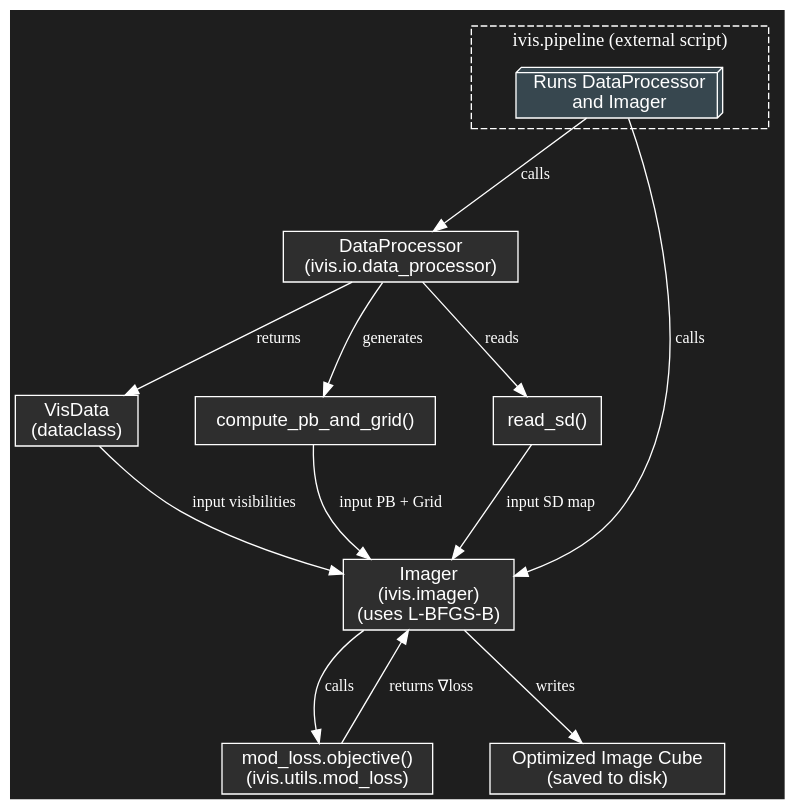
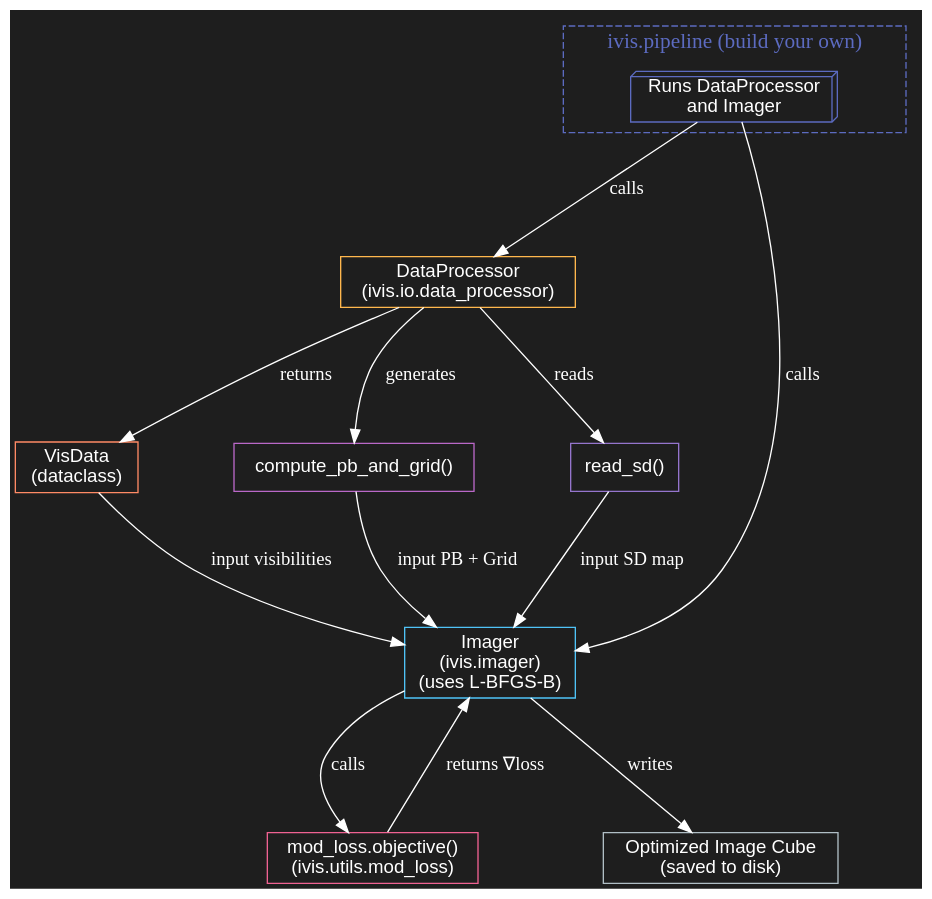
Before and after one commit to antoinemarchal/ivis: the diagram in docs/workflow.rst, drawn with Graphviz. The commit also changed other lines of this file and 1 other file, not shown here.

Commit message:
add doc workflow

```diff
--- a/docs/workflow.rst
+++ b/docs/workflow.rst
@@ -6,45 +40,53 @@
 .. graphviz::
 
    digraph ivis_workflow {
        rankdir=TB;
        bgcolor="#1e1e1e";
        fontcolor="white";
-       fontsize=14;
-       nodesep=0.6;
-       ranksep=1.0;
-       node [shape=box, style=filled, fontname="Helvetica", fontcolor="white", color="white", fillcolor="#2e2e2e"];
+       fontsize=16;
+       nodesep=1.0;
+       ranksep=1.2;
+
+       node [
+           shape=box,
+           style=filled,
+           fontname="Helvetica",
+           fontcolor="white",
+           fillcolor="#1e1e1e"
+       ];
+
+       PIPELINE  [label="Runs DataProcessor\nand Imager", shape=box3d, color="#5c6bc0"];
+       DATAPROC  [label="DataProcessor\n(ivis.io.data_processor)", color="#ffb74d"];
+       VISDATA   [label="VisData\n(dataclass)", color="#ff8a65"];
+       PBGRID    [label="compute_pb_and_grid()", color="#ba68c8"];
+       SD        [label="read_sd()", color="#9575cd"];
+       IMAGER    [label="Imager\n(ivis.imager)\n(uses L-BFGS-B)", color="#4fc3f7"];
+       MODLOSS   [label="mod_loss.objective()\n(ivis.utils.mod_loss)", color="#f06292"];
+       IMAGE     [label="Optimized Image Cube\n(saved to disk)", color="#b0bec5"];
 
        subgraph cluster_pipeline {
-           label="ivis.pipeline (external script)";
+           label="ivis.pipeline (build your own)";
            style=dashed;
-           fontcolor="white";
-           color="white";
-           PIPELINE [label="Runs DataProcessor\nand Imager", shape=box3d, fillcolor="#37474f"];
+           fontcolor="#5c6bc0";
+           color="#5c6bc0";
+           PIPELINE;
        }
 
-       DATAPROC [label="DataProcessor\n(ivis.io.data_processor)"];
-       VISDATA [label="VisData\n(dataclass)"];
-       PBGRID [label="compute_pb_and_grid()"];
-       SD [label="read_sd()"];
-
-       IMAGER [label="Imager\n(ivis.imager)\n(uses L-BFGS-B)"];
-       MODLOSS [label="mod_loss.objective()\n(ivis.utils.mod_loss)"];
-       IMAGE [label="Optimized Image Cube\n(saved to disk)"];
-
-       edge [color="white", fontcolor="white", fontsize=12];
+       edge [
+           color="white",
+           fontcolor="white",
+           fontsize=14
+       ];
 
        PIPELINE -> DATAPROC [label="calls"];
        PIPELINE -> IMAGER [label="calls"];
-
        DATAPROC -> VISDATA [label="returns"];
        DATAPROC -> PBGRID [label="generates"];
        DATAPROC -> SD [label="reads"];
-
        VISDATA -> IMAGER [label="input visibilities"];
        PBGRID -> IMAGER [label="input PB + Grid"];
        SD -> IMAGER [label="input SD map"];
-
        IMAGER -> MODLOSS [label="calls"];
        MODLOSS -> IMAGER [label="returns ∇loss"];
        IMAGER -> IMAGE [label="writes"];
    }
```
